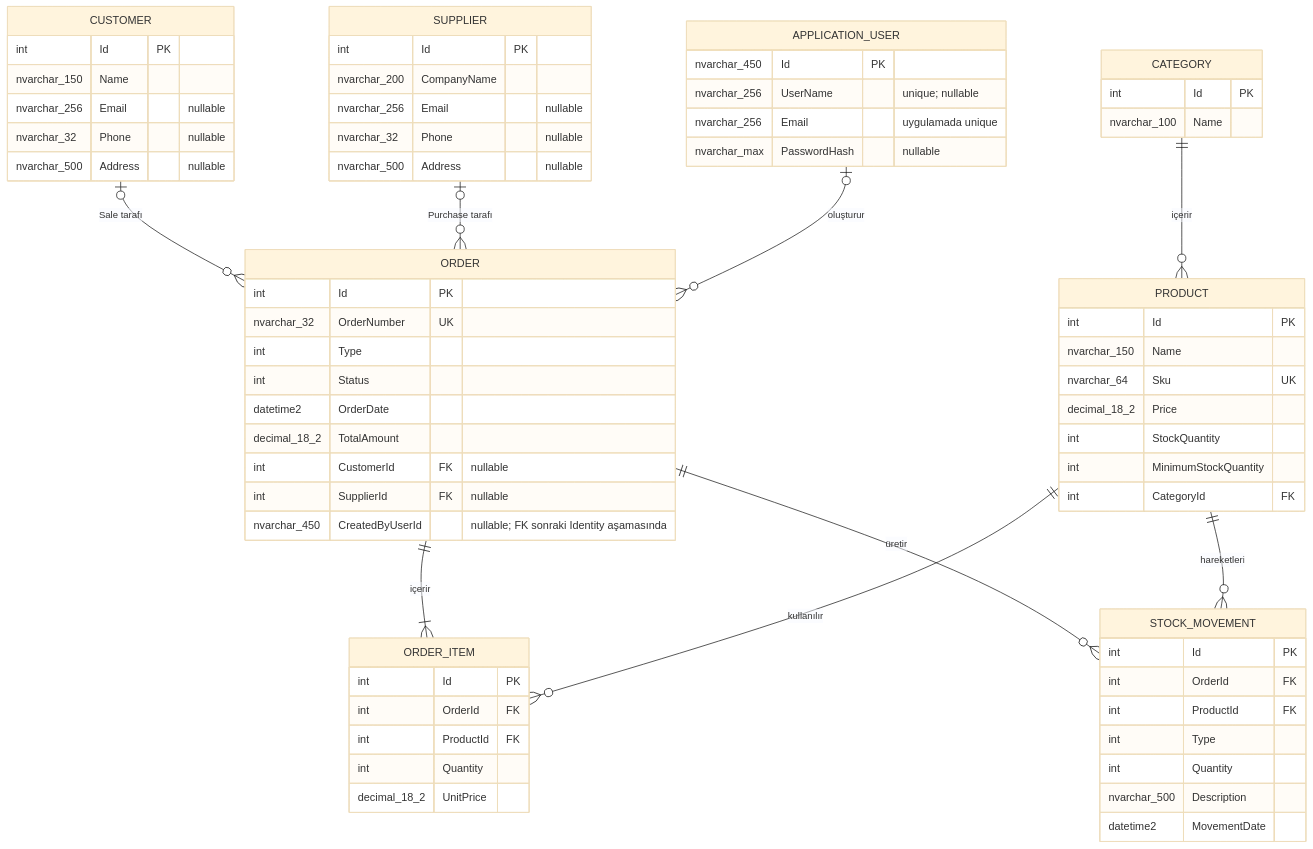
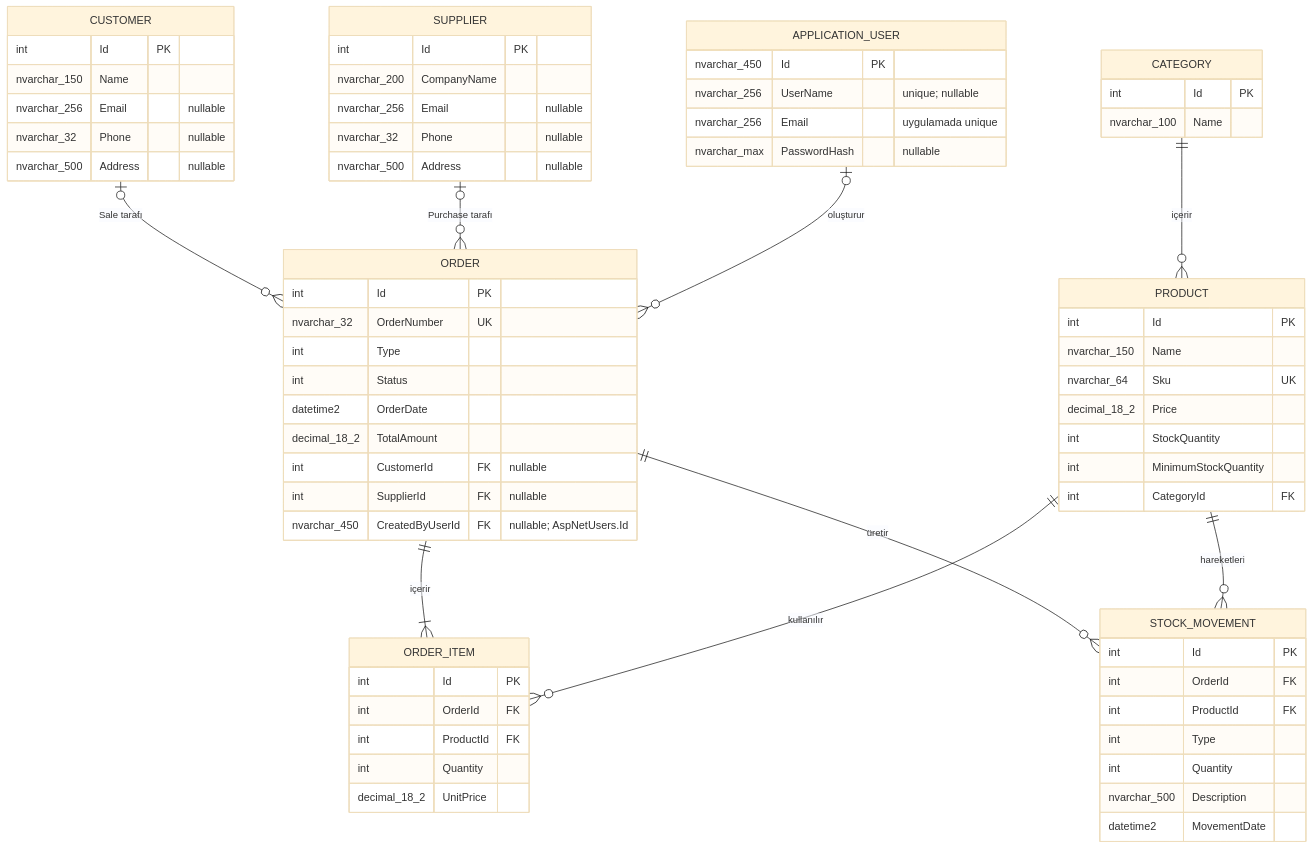
One commit to otahacakirci/StockFlow changed the diagram in docs/database-schema.md. Above: the diagram before and after it, drawn with Mermaid (base theme). The commit also changed other lines of this file and 2 other files, not shown here.

First line of the commit message:
docs(agents): align agent rules and schema doc with current code

````diff
--- a/docs/database-schema.md
+++ b/docs/database-schema.md
@@ -30,72 +30,72 @@
 ```mermaid
 erDiagram
     CATEGORY ||--o{ PRODUCT : içerir
     CUSTOMER o|--o{ ORDER : "Sale tarafı"
     SUPPLIER o|--o{ ORDER : "Purchase tarafı"
     ORDER ||--|{ ORDER_ITEM : içerir
     PRODUCT ||--o{ ORDER_ITEM : kullanılır
     ORDER ||--o{ STOCK_MOVEMENT : üretir
     PRODUCT ||--o{ STOCK_MOVEMENT : hareketleri
     APPLICATION_USER o|--o{ ORDER : oluşturur
 
     CATEGORY {
         int Id PK
         nvarchar_100 Name
     }
     PRODUCT {
         int Id PK
         nvarchar_150 Name
         nvarchar_64 Sku UK
         decimal_18_2 Price
         int StockQuantity
         int MinimumStockQuantity
         int CategoryId FK
     }
     CUSTOMER {
         int Id PK
         nvarchar_150 Name
         nvarchar_256 Email "nullable"
         nvarchar_32 Phone "nullable"
         nvarchar_500 Address "nullable"
     }
     SUPPLIER {
         int Id PK
         nvarchar_200 CompanyName
         nvarchar_256 Email "nullable"
         nvarchar_32 Phone "nullable"
         nvarchar_500 Address "nullable"
     }
     ORDER {
         int Id PK
         nvarchar_32 OrderNumber UK
         int Type
         int Status
         datetime2 OrderDate
         decimal_18_2 TotalAmount
         int CustomerId FK "nullable"
         int SupplierId FK "nullable"
-        nvarchar_450 CreatedByUserId "nullable; FK sonraki Identity aşamasında"
+        nvarchar_450 CreatedByUserId FK "nullable; AspNetUsers.Id"
     }
     ORDER_ITEM {
         int Id PK
         int OrderId FK
         int ProductId FK
         int Quantity
         decimal_18_2 UnitPrice
     }
     STOCK_MOVEMENT {
         int Id PK
         int OrderId FK
         int ProductId FK
         int Type
         int Quantity
         nvarchar_500 Description
         datetime2 MovementDate
     }
     APPLICATION_USER {
         nvarchar_450 Id PK
         nvarchar_256 UserName "unique; nullable"
         nvarchar_256 Email "uygulamada unique"
         nvarchar_max PasswordHash "nullable"
     }
 ```
````
